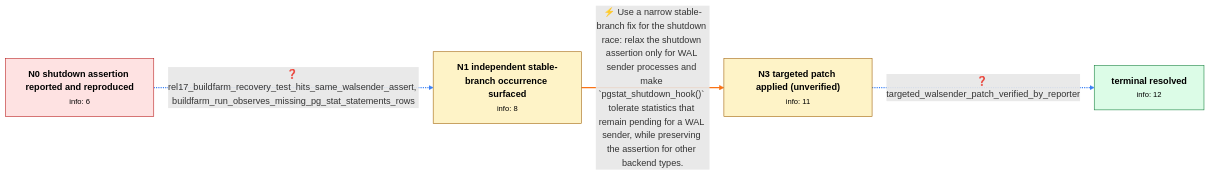
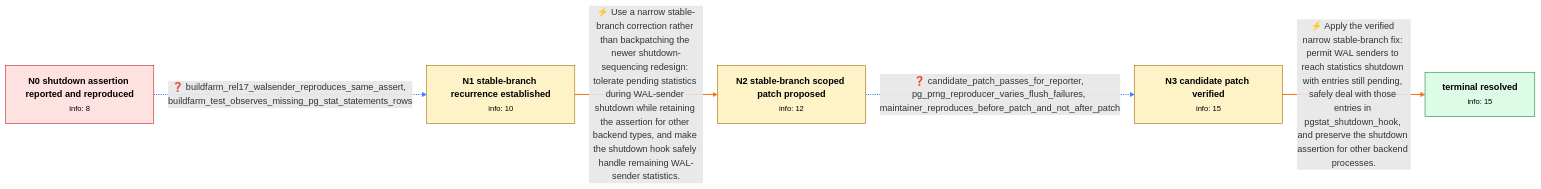
The diagram in data/pgsql_v0/review/pg_bug_18158.md (Chaoyi-He1/graph_bench), drawn with Mermaid before and after one commit. The commit also changed other lines of this file and 3901 other files, not shown here.

````diff
--- a/data/pgsql_v0/review/pg_bug_18158.md
+++ b/data/pgsql_v0/review/pg_bug_18158.md
@@ -10,20 +10,24 @@
 ```mermaid
 flowchart LR
-    N0["<b>N0 shutdown assertion reported and reproduced</b><br/><small>info: 6</small>"]
-    N1["<b>N1 independent stable-branch occurrence surfaced</b><br/><small>info: 8</small>"]
-    N3["<b>N3 targeted patch applied (unverified)</b><br/><small>info: 11</small>"]
-    N_terminal["<b>terminal resolved</b><br/><small>info: 12</small>"]
-    N0 -.->|"❓ rel17_buildfarm_recovery_test_hits_same_walsender_assert, buildfarm_run_observes_missing_pg_stat_statements_rows"| N1
+    N0["<b>N0 shutdown assertion reported and reproduced</b><br/><small>info: 8</small>"]
+    N1["<b>N1 stable-branch recurrence established</b><br/><small>info: 10</small>"]
+    N2["<b>N2 stable-branch scoped patch proposed</b><br/><small>info: 12</small>"]
+    N3["<b>N3 candidate patch verified</b><br/><small>info: 15</small>"]
+    N_terminal["<b>terminal resolved</b><br/><small>info: 15</small>"]
+    N0 -.->|"❓ buildfarm_rel17_walsender_reproduces_same_assert, buildfarm_test_observes_missing_pg_stat_statements_rows"| N1
     linkStyle 0 stroke:#3b82f6,stroke-width:2px
-    N3 -.->|"❓ targeted_walsender_patch_verified_by_reporter"| N_terminal
-    linkStyle 1 stroke:#3b82f6,stroke-width:2px
-    N1 ==>|"⚡ Use a narrow stable-branch fix for the shutdown race: relax the shutdown assertion only for WAL sender processes and make `pgstat_shutdown_hook()` tolerate statistics that remain pending for a WAL sender, while preserving the assertion for other backend types."| N3
-    linkStyle 2 stroke:#f97316,stroke-width:2px
+    N1 ==>|"⚡ Use a narrow stable-branch correction rather than backpatching the newer shutdown-sequencing redesign: tolerate pending statistics during WAL-sender shutdown while retaining the assertion for other backend types, and make the shutdown hook safely handle remaining WAL-sender statistics."| N2
+    linkStyle 1 stroke:#f97316,stroke-width:2px
+    N2 -.->|"❓ candidate_patch_passes_for_reporter, pg_prng_reproducer_varies_flush_failures, maintainer_reproduces_before_patch_and_not_after_patch"| N3
+    linkStyle 2 stroke:#3b82f6,stroke-width:2px
+    N3 ==>|"⚡ Apply the verified narrow stable-branch fix: permit WAL senders to reach statistics shutdown with entries still pending, safely deal with those entries in pgstat_shutdown_hook, and preserve the shutdown assertion for other backend processes."| N_terminal
+    linkStyle 3 stroke:#f97316,stroke-width:2px
     class N0 start
     class N1 normal
+    class N2 normal
     class N3 normal
     class N_terminal terminal
     classDef start fill:#fee2e2,stroke:#b91c1c,color:#000
     classDef terminal fill:#dcfce7,stroke:#15803d,color:#000
     classDef normal fill:#fef3c7,stroke:#a16207,color:#000
 ```
````
